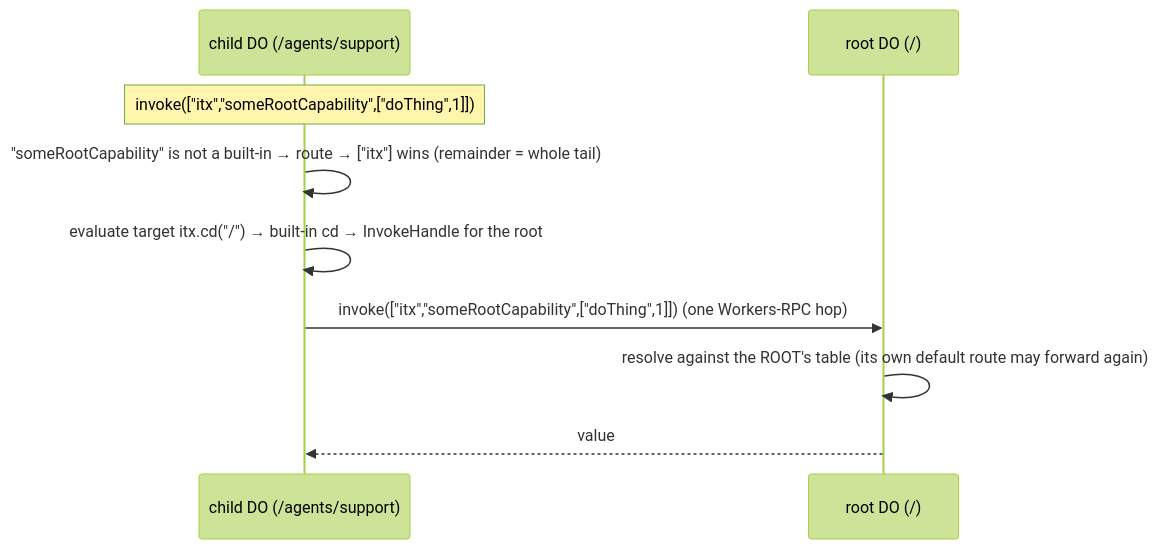
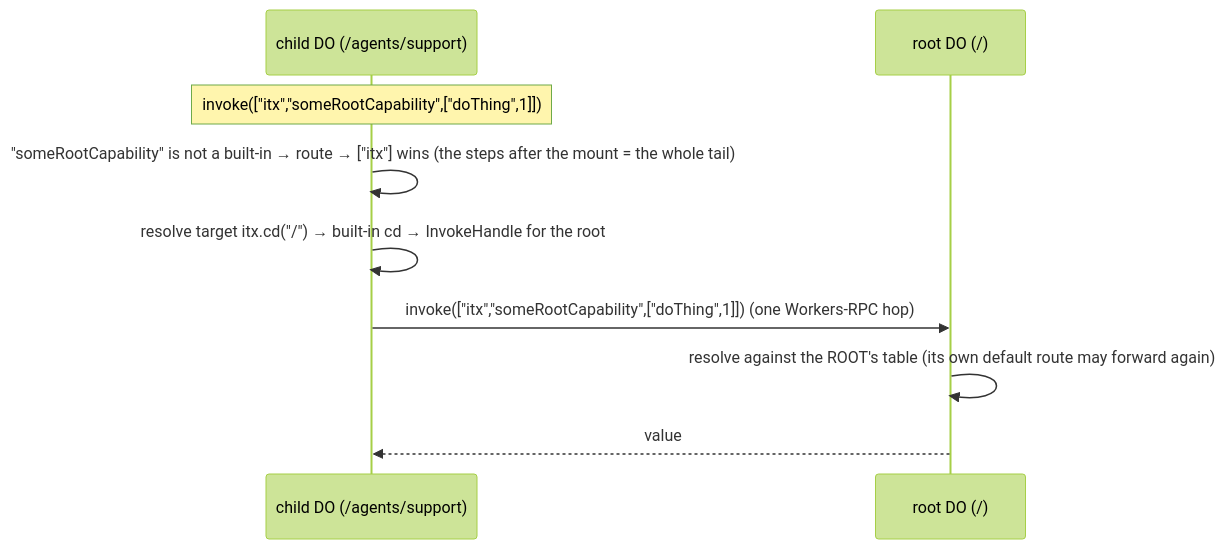
The fifth of 5 diagrams in packages/v3/project-worker/docs/clean-room-api-walkthrough.md (iterate/iterate), drawn with Mermaid (forest theme) before and after one commit. The commit also changed other lines of this file and 31 other files, not shown here.

````diff
--- a/packages/v3/project-worker/docs/clean-room-api-walkthrough.md
+++ b/packages/v3/project-worker/docs/clean-room-api-walkthrough.md
@@ -1314,11 +1306,11 @@
 ```mermaid
 sequenceDiagram
   participant C as child DO (/agents/support)
   participant R as root DO (/)
   Note over C: invoke(["itx","someRootCapability",["doThing",1]])
-  C->>C: "someRootCapability" is not a built-in → route → ["itx"] wins (remainder = whole tail)
-  C->>C: evaluate target itx.cd("/") → built-in cd → InvokeHandle for the root
+  C->>C: "someRootCapability" is not a built-in → route → ["itx"] wins (the steps after the mount = the whole tail)
+  C->>C: resolve target itx.cd("/") → built-in cd → InvokeHandle for the root
   C->>R: invoke(["itx","someRootCapability",["doThing",1]])   (one Workers-RPC hop)
   R->>R: resolve against the ROOT's table (its own default route may forward again)
   R-->>C: value
 ```
````
